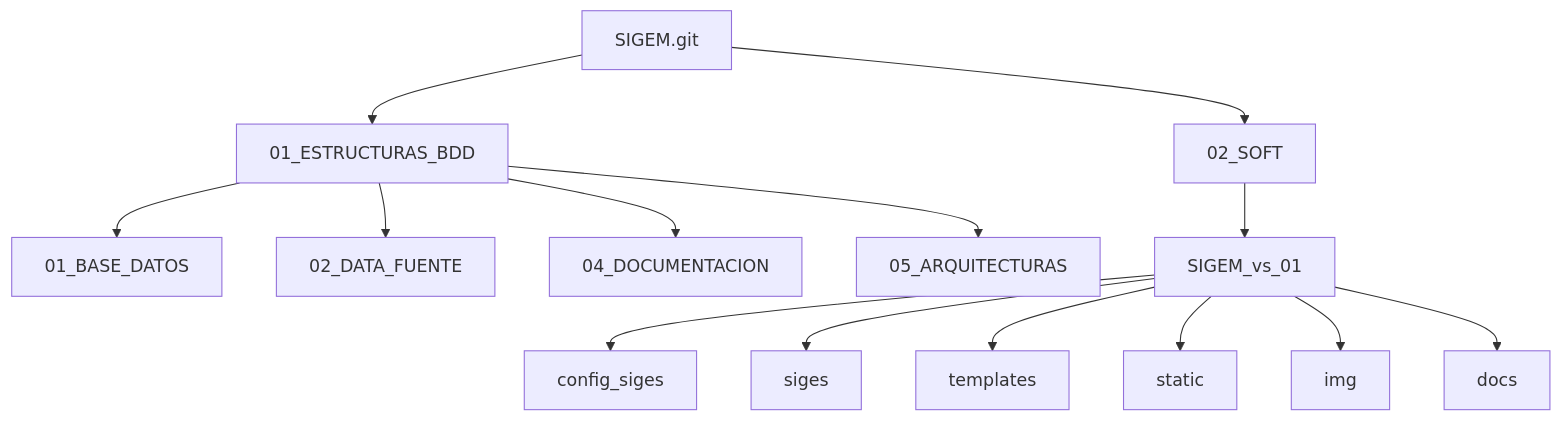
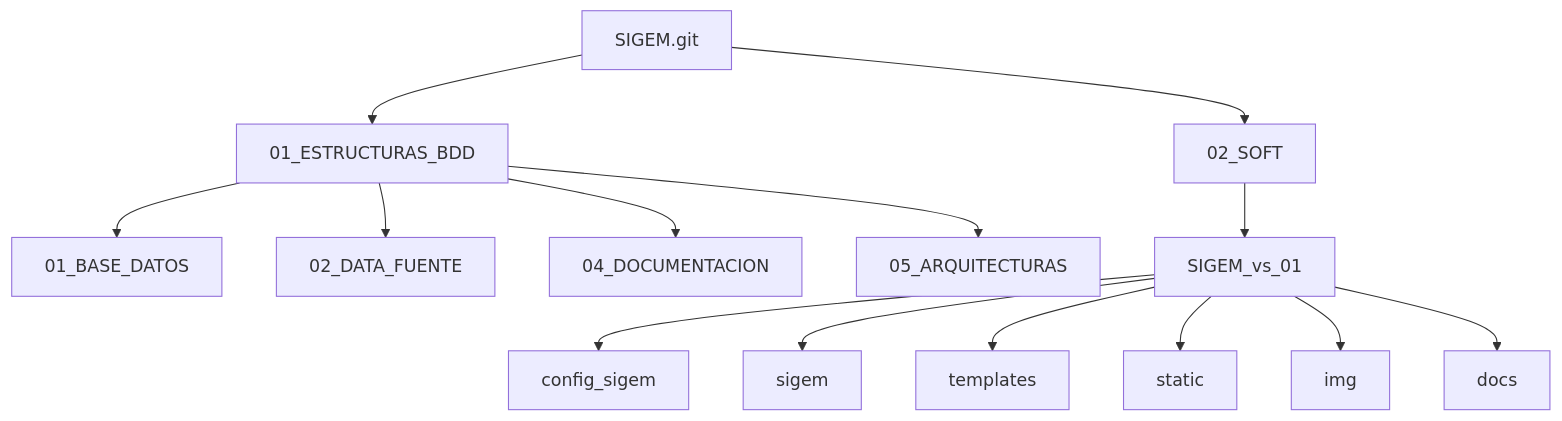
The second of 4 diagrams in README.md (marcelochavez-ec/SIGEM), drawn with Mermaid before and after one commit. The commit also changed other lines of this file and 152 other files, not shown here.

````diff
--- a/README.md
+++ b/README.md
@@ -61,16 +61,16 @@
 ```mermaid
 flowchart TB
     R[SIGEM.git] --> E[01_ESTRUCTURAS_BDD]
     R --> A[02_SOFT]
     E --> B1[01_BASE_DATOS]
     E --> B2[02_DATA_FUENTE]
     E --> B3[04_DOCUMENTACION]
     E --> B4[05_ARQUITECTURAS]
     A --> D1[SIGEM_vs_01]
-    D1 --> C1[config_siges]
-    D1 --> C2[siges]
+    D1 --> C1[config_sigem]
+    D1 --> C2[sigem]
     D1 --> C3[templates]
     D1 --> C4[static]
     D1 --> C5[img]
     D1 --> C6[docs]
 ```
````
